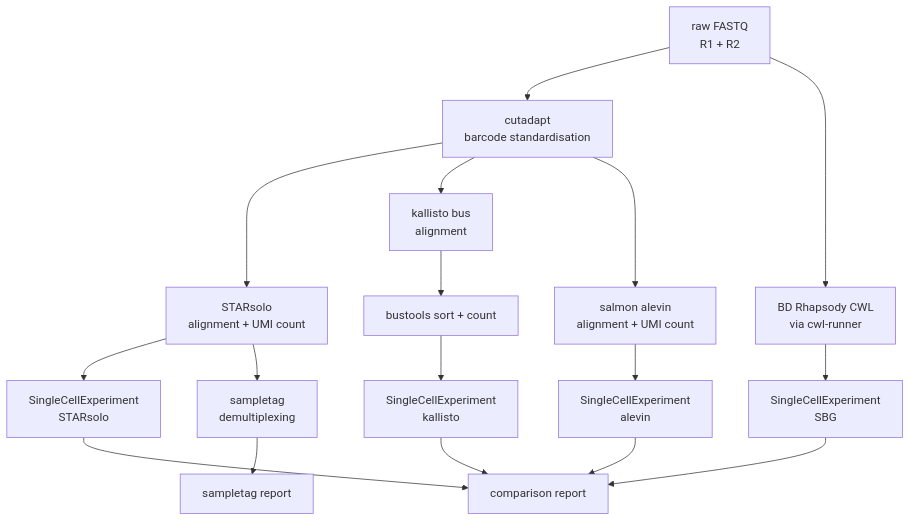
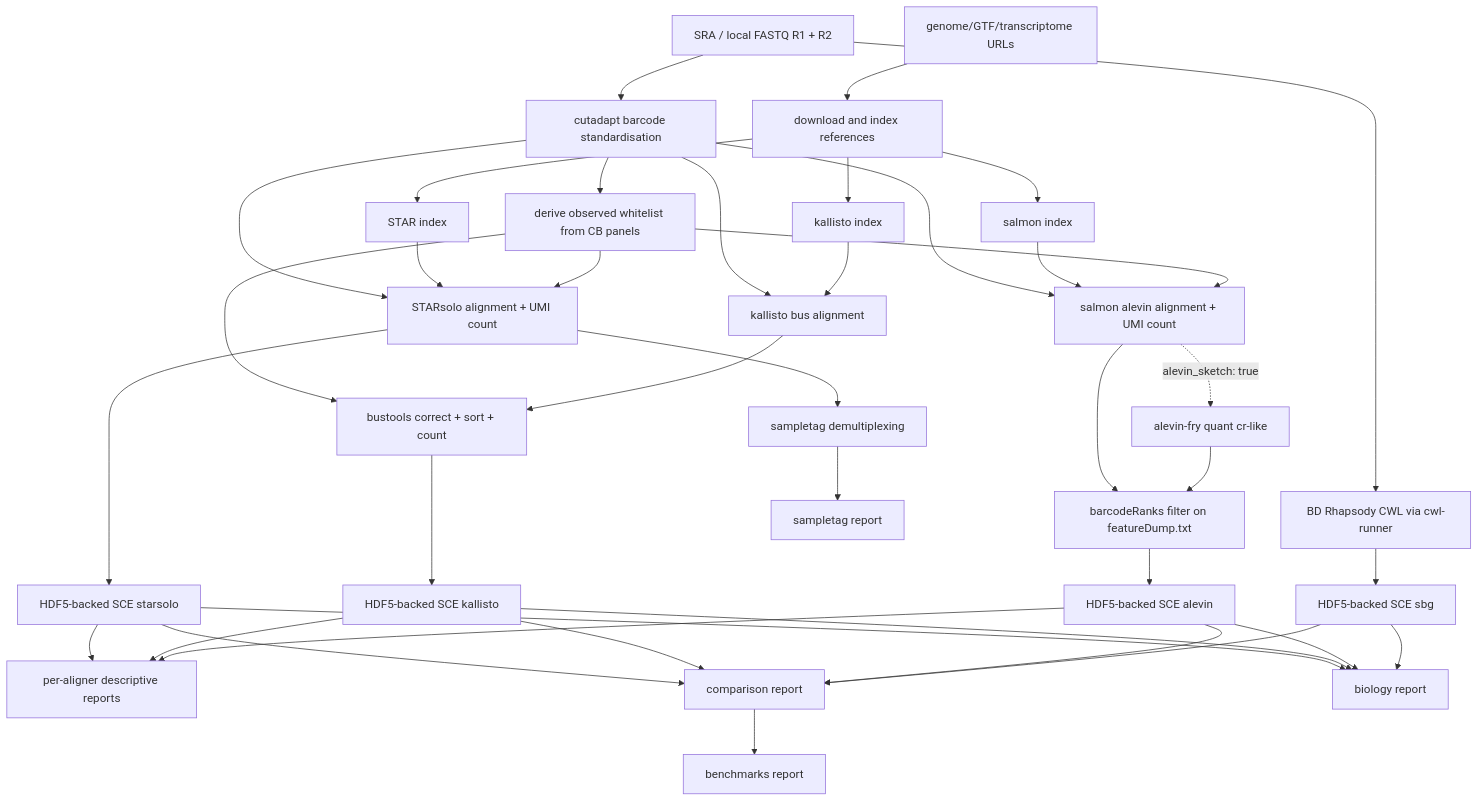
One commit to imallona/rhapsodist changed the diagram in README.md. Above: the diagram before and after it, drawn with Mermaid. The commit also changed other lines of this file and 30 other files, not shown here.

````diff
--- a/README.md
+++ b/README.md
@@ -7,20 +13,40 @@
 ```mermaid
 flowchart TD
-    reads[raw FASTQ\nR1 + R2] --> cutadapt[cutadapt\nbarcode standardisation]
+    sra[SRA / local FASTQ R1 + R2] --> cutadapt[cutadapt barcode standardisation]
 
-    cutadapt --> starsolo[STARsolo\nalignment + UMI count]
-    cutadapt --> kallisto[kallisto bus\nalignment]
-    cutadapt --> alevin[salmon alevin\nalignment + UMI count]
-    reads --> sbg[BD Rhapsody CWL\nvia cwl-runner]
+    ref_url[genome/GTF/transcriptome URLs] --> download[download and index references]
+    download --> star_idx[STAR index]
+    download --> salmon_idx[salmon index]
+    download --> kallisto_idx[kallisto index]
 
-    starsolo --> sce_star[SingleCellExperiment\nSTARsolo]
-    kallisto --> bustools[bustools sort + count]
-    bustools --> sce_kallisto[SingleCellExperiment\nkallisto]
-    alevin --> sce_alevin[SingleCellExperiment\nalevin]
-    sbg --> sce_sbg[SingleCellExperiment\nSBG]
+    cutadapt --> wl[derive observed whitelist from CB panels]
+    cutadapt --> starsolo[STARsolo alignment + UMI count]
+    cutadapt --> kallisto[kallisto bus alignment]
+    cutadapt --> alevin[salmon alevin alignment + UMI count]
+    sra --> sbg[BD Rhapsody CWL via cwl-runner]
 
-    sce_star & sce_kallisto & sce_alevin & sce_sbg --> report[comparison report]
+    star_idx --> starsolo
+    salmon_idx --> alevin
+    kallisto_idx --> kallisto
 
-    starsolo --> sampletags[sampletag\ndemultiplexing]
+    wl --> starsolo
+    wl --> bustools[bustools correct + sort + count]
+    wl --> alevin
+
+    starsolo --> sce_star[HDF5-backed SCE starsolo]
+    kallisto --> bustools
+    bustools --> sce_kallisto[HDF5-backed SCE kallisto]
+    alevin --> knee[barcodeRanks filter on featureDump.txt]
+    alevin -. alevin_sketch: true .-> fry[alevin-fry quant cr-like]
+    fry --> knee
+    knee --> sce_alevin[HDF5-backed SCE alevin]
+    sbg --> sce_sbg[HDF5-backed SCE sbg]
+
+    sce_star & sce_kallisto & sce_alevin --> desc[per-aligner descriptive reports]
+    sce_star & sce_kallisto & sce_alevin & sce_sbg --> comparison[comparison report]
+    sce_star & sce_kallisto & sce_alevin & sce_sbg --> biology[biology report]
+    comparison --> benchmarks[benchmarks report]
+
+    starsolo --> sampletags[sampletag demultiplexing]
     sampletags --> st_report[sampletag report]
 ```
````
